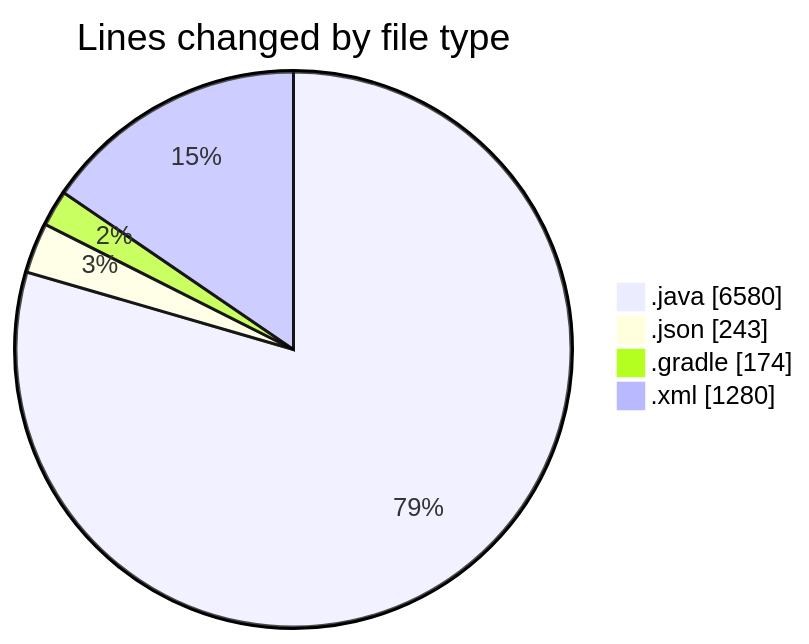
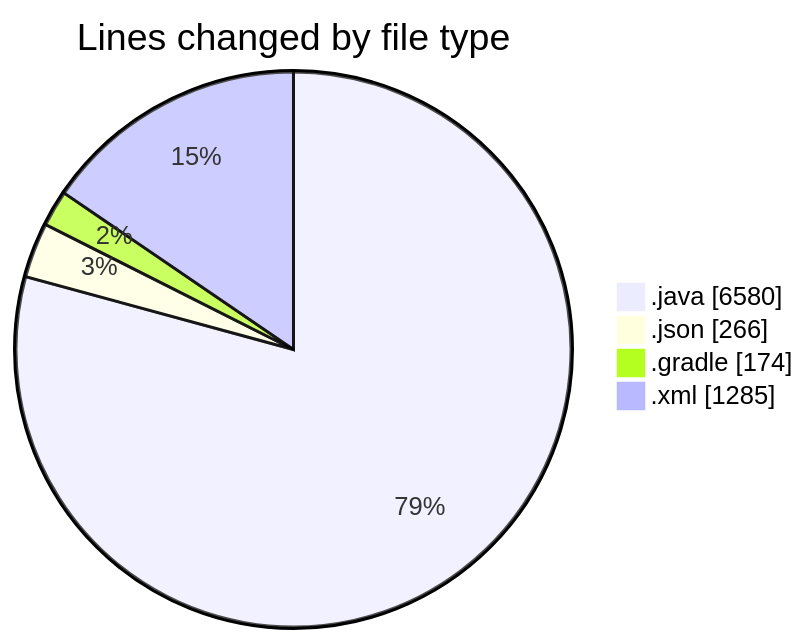
One commit to charlie-sans/code-tracking changed the first of 2 diagrams in 2025-02-22/micros/README.md. Above: the diagram before and after it, drawn with Mermaid. The commit also changed other lines of this file and 1 other file, not shown here.

````diff
--- a/2025-02-22/micros/README.md
+++ b/2025-02-22/micros/README.md
@@ -67,8 +67,8 @@
 ```mermaid
 pie showData
 title Lines changed by file type
 ".java" : 6580
-".json" : 243
+".json" : 266
 ".gradle" : 174
-".xml" : 1280
+".xml" : 1285
 ```
````
